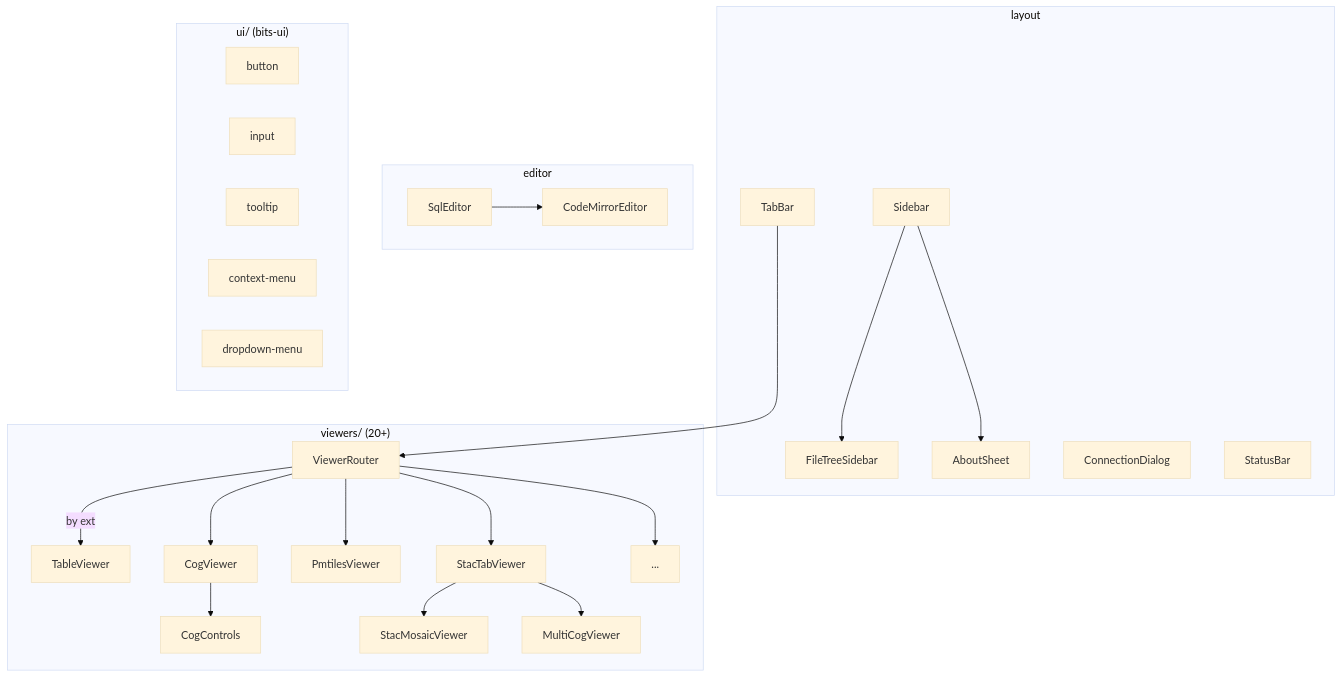
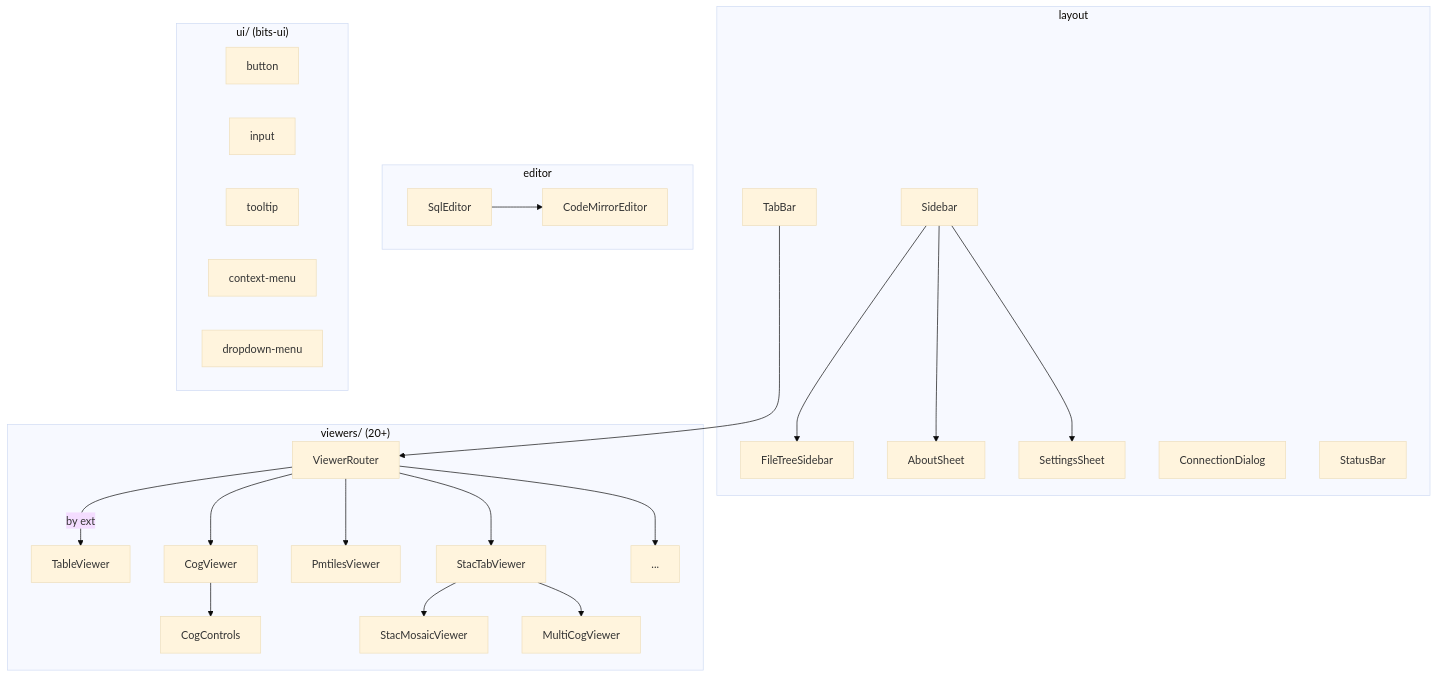
The diagram in src/lib/components/CLAUDE.md (walkthru-earth/objex), drawn with Mermaid (base theme) before and after one commit. The commit also changed other lines of this file and 2 other files, not shown here.

Commit message:
docs: update CLAUDE.md inventories for config store and settings panel

````diff
--- a/src/lib/components/CLAUDE.md
+++ b/src/lib/components/CLAUDE.md
@@ -5,25 +5,26 @@
 ```mermaid
 graph TD
     subgraph layout
         SB[Sidebar] --> FTS[FileTreeSidebar]
         SB --> AS[AboutSheet]
+        SB --> SS[SettingsSheet]
         TB[TabBar]
         CD[ConnectionDialog]
         STB[StatusBar]
     end
     subgraph viewers["viewers/ (20+)"]
         VR[ViewerRouter] -->|by ext| TV[TableViewer]
         VR --> CV[CogViewer] --> CC[CogControls]
         VR --> PV[PmtilesViewer]
         VR --> STV[StacTabViewer] --> SMV[StacMosaicViewer]
         STV --> MCV[MultiCogViewer]
         VR --> MORE[...]
     end
     subgraph editor
         SQL[SqlEditor] --> CM[CodeMirrorEditor]
     end
     subgraph ui["ui/ (bits-ui)"]
         BTN[button] & INP[input] & TT[tooltip] & CTX[context-menu] & DD[dropdown-menu]
     end
     TB --> VR
 ```
````
